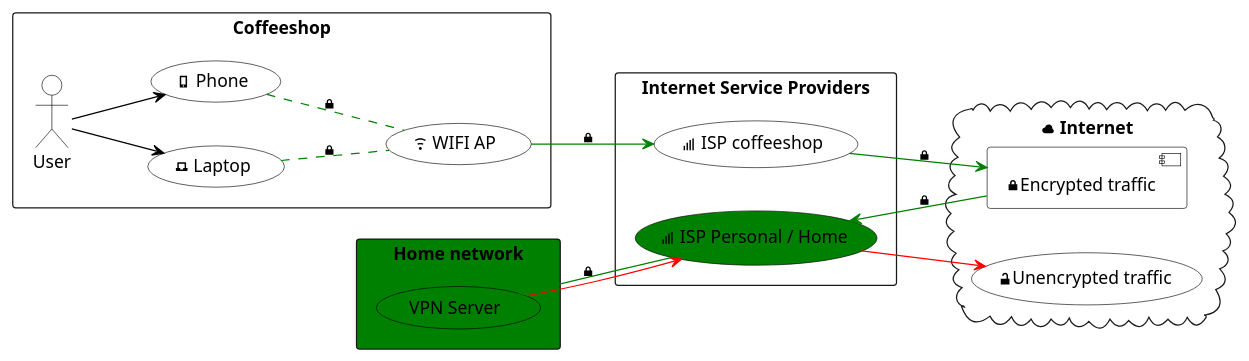
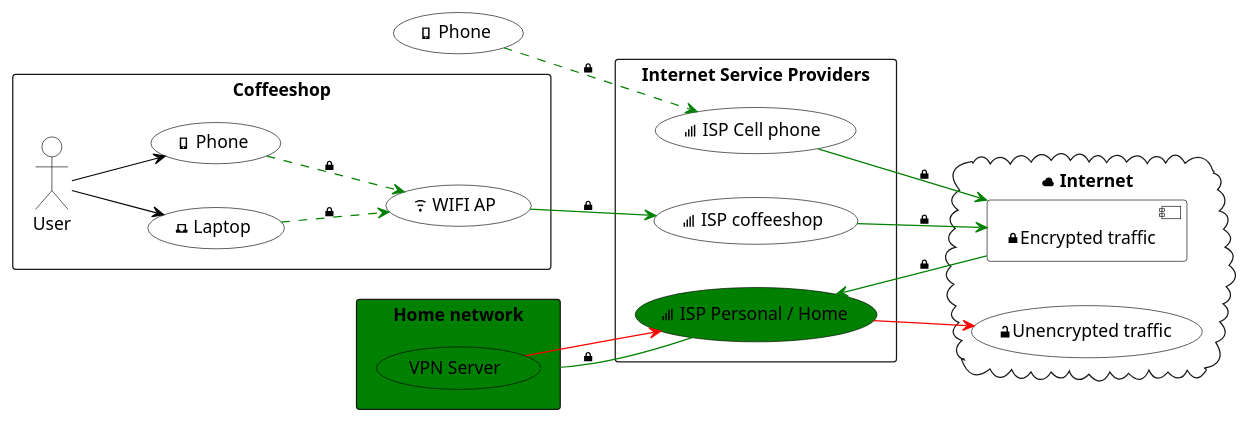
The diagram in graphs/internet-connection-with-personal-vpn.puml (PrinsFrank/PrinsFrank.nl), drawn with PlantUML before and after one commit.

Commit message:
Added cell phone to personal vpn illustration

```diff
--- a/graphs/internet-connection-with-personal-vpn.puml
+++ b/graphs/internet-connection-with-personal-vpn.puml
@@ -1,55 +1,60 @@
 @startuml
 
 skinparam arrowColor black
 
 skinparam componentBackgroundColor transparent
 skinparam componentBorderColor black
 
 skinparam cloudBackgroundColor transparent
 skinparam ccloudBorderColor black
 
 skinparam usecaseBackgroundColor transparent
 skinparam usecaseBorderColor black
 
 skinparam actorBackgroundColor transparent
 skinparam actorBorderColor black
 
 left to right direction
 skinparam shadowing false
 
 rectangle Coffeeshop {
     actor User as usr
     (<&laptop> Laptop) as laptop
     (<&phone> Phone) as phone
     (<&wifi> WIFI AP) as wifi
 }
 
 rectangle "Home network" #green {
     (VPN Server) as vpn_server #green
 }
 
 rectangle "Internet Service Providers" {
     (<&signal> ISP coffeeshop) as isp
+    (<&signal> ISP Cell phone) as isp_cell_phone
     (<&signal> ISP Personal / Home) as isp_home #green
 }
 
 cloud "<&cloud> Internet" {
     [<&lock-locked>Encrypted traffic] as protected_traffic
     (<&lock-unlocked>Unencrypted traffic) as unprotected_traffic
 }
 
+(<&phone> Phone) as phone2
+
 ' Fixes order of protected and unprotected traffic items that is reversed sometimes.
 protected_traffic -[hidden]> unprotected_traffic
 
 usr --> laptop
 usr --> phone
-laptop .. wifi #green : "<&lock-locked>"
-phone .. wifi #green : "<&lock-locked>"
+laptop ..> wifi #green : "<&lock-locked>"
+phone ..> wifi #green : "<&lock-locked>"
 wifi --> isp #green : "<&lock-locked>"
+phone2 ..> isp_cell_phone #green : "<&lock-locked>"
+isp_cell_phone --> protected_traffic #green : "<&lock-locked>"
 isp --> protected_traffic #green : "<&lock-locked>"
 protected_traffic --> isp_home #green : "<&lock-locked>"
 isp_home --> vpn_server #green : "<&lock-locked>"
 vpn_server --> isp_home #red
 isp_home --> unprotected_traffic #red
 
 @enduml
```
